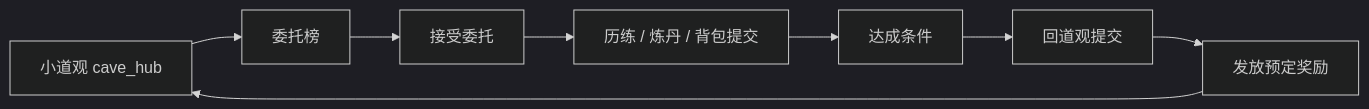
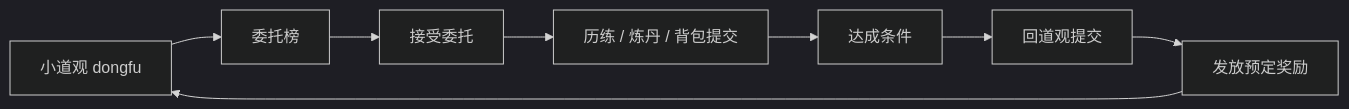
Before and after one commit to consai/xiuxian-lilian: the diagram in docs/weituo-system.md, drawn with Mermaid (dark theme). The commit also changed other lines of this file and 25 other files, not shown here.

````diff
--- a/docs/weituo-system.md
+++ b/docs/weituo-system.md
@@ -25,10 +25,10 @@
 ```mermaid
 flowchart LR
-  Hub[小道观 cave_hub] --> Board[委托榜]
+  Hub[小道观 dongfu] --> Board[委托榜]
   Board --> Accept[接受委托]
   Accept --> Activity[历练 / 炼丹 / 背包提交]
   Activity --> Check[达成条件]
   Check --> Submit[回道观提交]
   Submit --> Reward[发放预定奖励]
   Reward --> Hub
 ```
````
